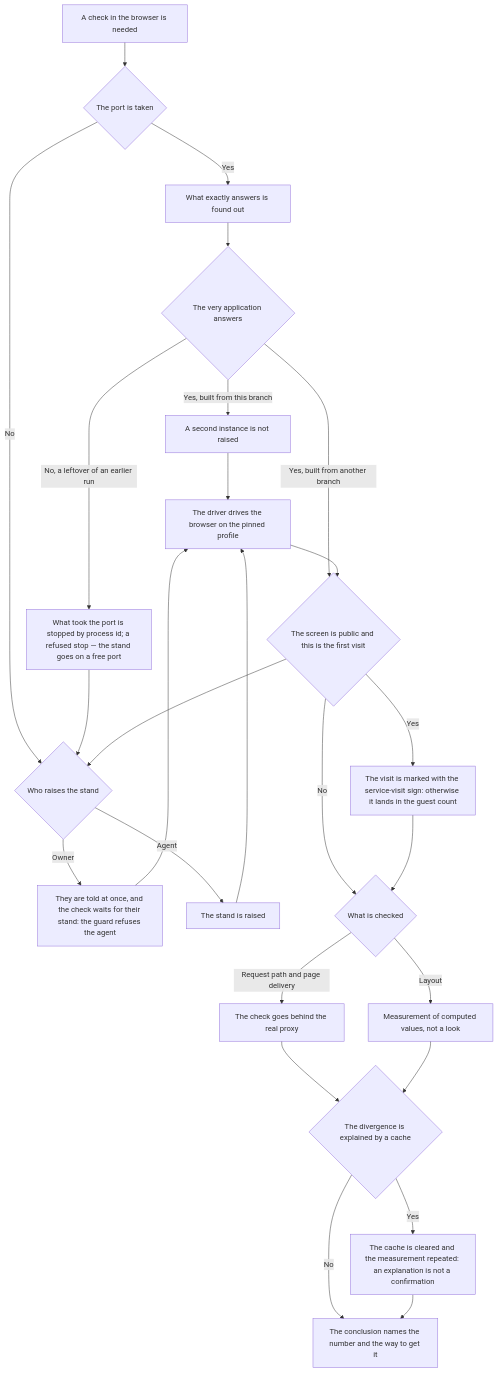
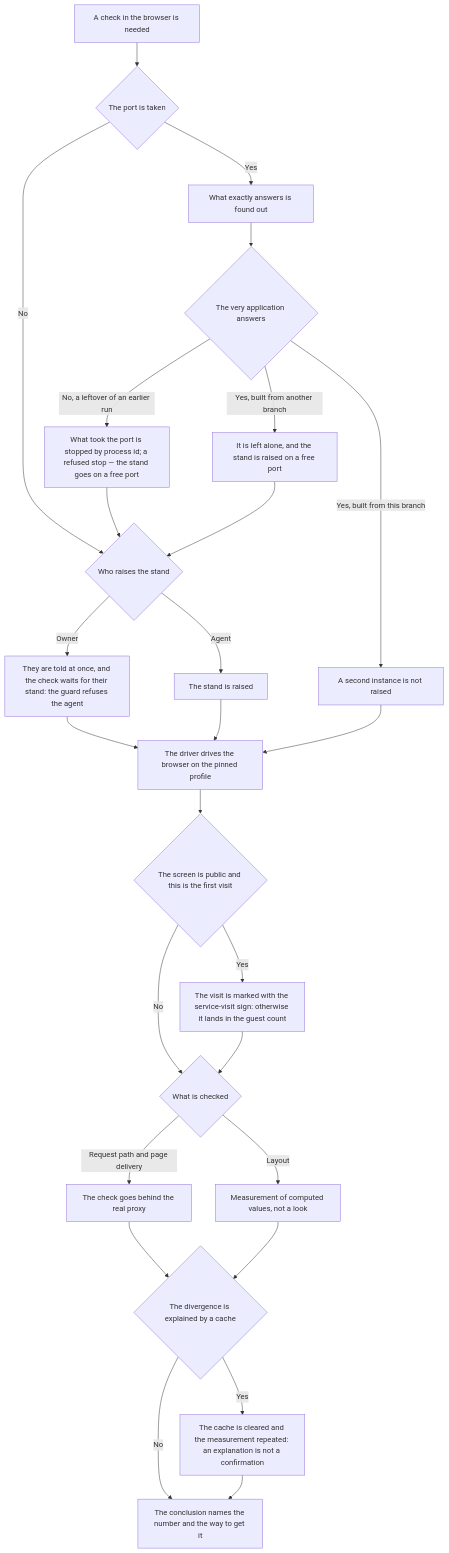
One commit to Eyhenij/rt-tools changed the diagram in .claude/skills/browser-verification/SKILL.md. Above: the diagram before and after it, drawn with Mermaid. The commit also changed other lines of this file and 18 other files, not shown here.

````diff
--- a/.claude/skills/browser-verification/SKILL.md
+++ b/.claude/skills/browser-verification/SKILL.md
@@ -35,28 +35,28 @@
 ```mermaid
 flowchart TD
     A[A check in the browser is needed] --> B{The port is taken}
     B -->|Yes| C[What exactly answers is found out]
     B -->|No| D{Who raises the stand}
     C --> E{The very application answers}
     E -->|Yes, built from this branch| F[A second instance is not raised]
-    E -->|Yes, built from another branch| W[It is left alone, and the stand is raised on a free port]
+    E -->|Yes, built from another branch| Y[It is left alone, and the stand is raised on a free port]
     E -->|No, a leftover of an earlier run| T[What took the port is stopped by process id; a refused stop — the stand goes on a free port]
     T --> D
-    W --> D
+    Y --> D
     D -->|Owner| U[They are told at once, and the check waits for their stand: the guard refuses the agent]
     D -->|Agent| V[The stand is raised]
     U --> G[The driver drives the browser on the pinned profile]
     V --> G
     F --> G
     G --> W{The screen is public and this is the first visit}
     W -->|Yes| X[The visit is marked with the service-visit sign: otherwise it lands in the guest count]
     W -->|No| H{What is checked}
     X --> H
     H -->|Request path and page delivery| I[The check goes behind the real proxy]
     H -->|Layout| J[Measurement of computed values, not a look]
     I --> K{The divergence is explained by a cache}
     J --> K
     K -->|Yes| L[The cache is cleared and the measurement repeated: an explanation is not a confirmation]
     K -->|No| M[The conclusion names the number and the way to get it]
     L --> M
 ```
````
